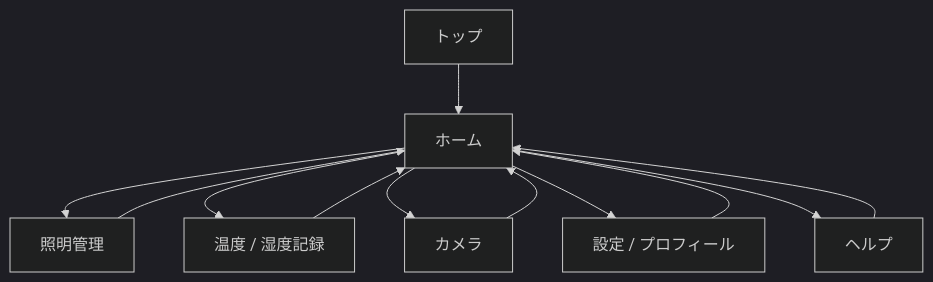
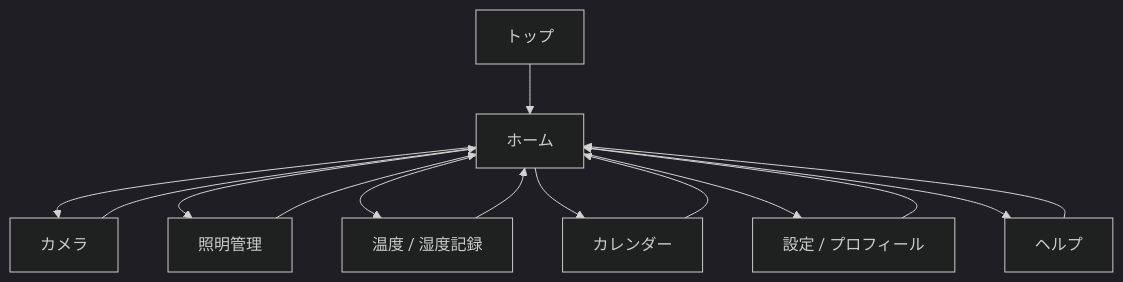
One commit to so2OhYUUGI/nae-log changed the diagram in docs/pages.md. Above: the diagram before and after it, drawn with Mermaid (dark theme). The commit also changed 8 other files, not shown here.

````diff
--- a/docs/pages.md
+++ b/docs/pages.md
@@ -3,16 +3,18 @@
 ```mermaid
 graph TD
     A[トップ] --> B[ホーム]
     
-    B --> C[照明管理]
-    B --> D[温度 / 湿度記録]
-    B --> E[カメラ]
-    B --> F[設定 / プロフィール]
-    B --> G[ヘルプ]
+    B --> C[カメラ]
+    B --> D[照明管理]
+    B --> E[温度 / 湿度記録]
+    B --> F[カレンダー]
+    B --> G[設定 / プロフィール]
+    B --> H[ヘルプ]
 
     C --> B
     D --> B
     E --> B
     F --> B
     G --> B
+    H --> B
 ```
````
